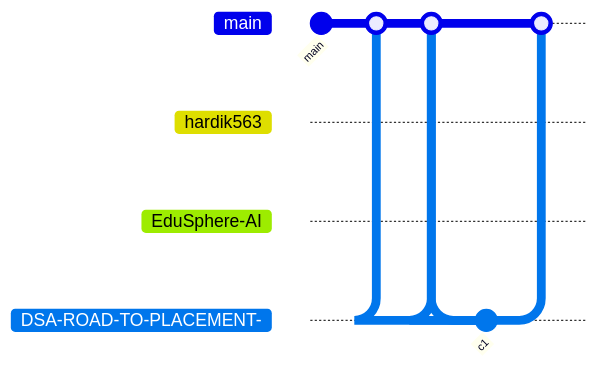
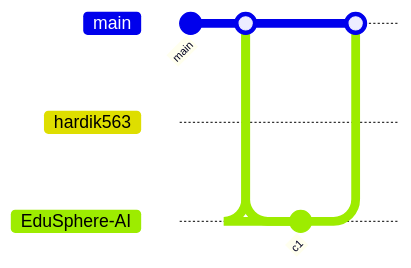
The diagram in README.md (hardik563/hardik563), drawn with Mermaid before and after one commit. The commit also changed other lines of this file and 14 other files, not shown here.

````diff
--- a/README.md
+++ b/README.md
@@ -344,19 +344,14 @@
 ```mermaid
 gitGraph
    commit id: "main"
    branch hardik563
    checkout hardik563
    commit id: "c1"
    checkout main
    merge hardik563
    branch EduSphere-AI
    checkout EduSphere-AI
    commit id: "c1"
    checkout main
    merge EduSphere-AI
-   branch DSA-ROAD-TO-PLACEMENT-
-   checkout DSA-ROAD-TO-PLACEMENT-
-   commit id: "c1"
-   checkout main
-   merge DSA-ROAD-TO-PLACEMENT-
 ```
````
